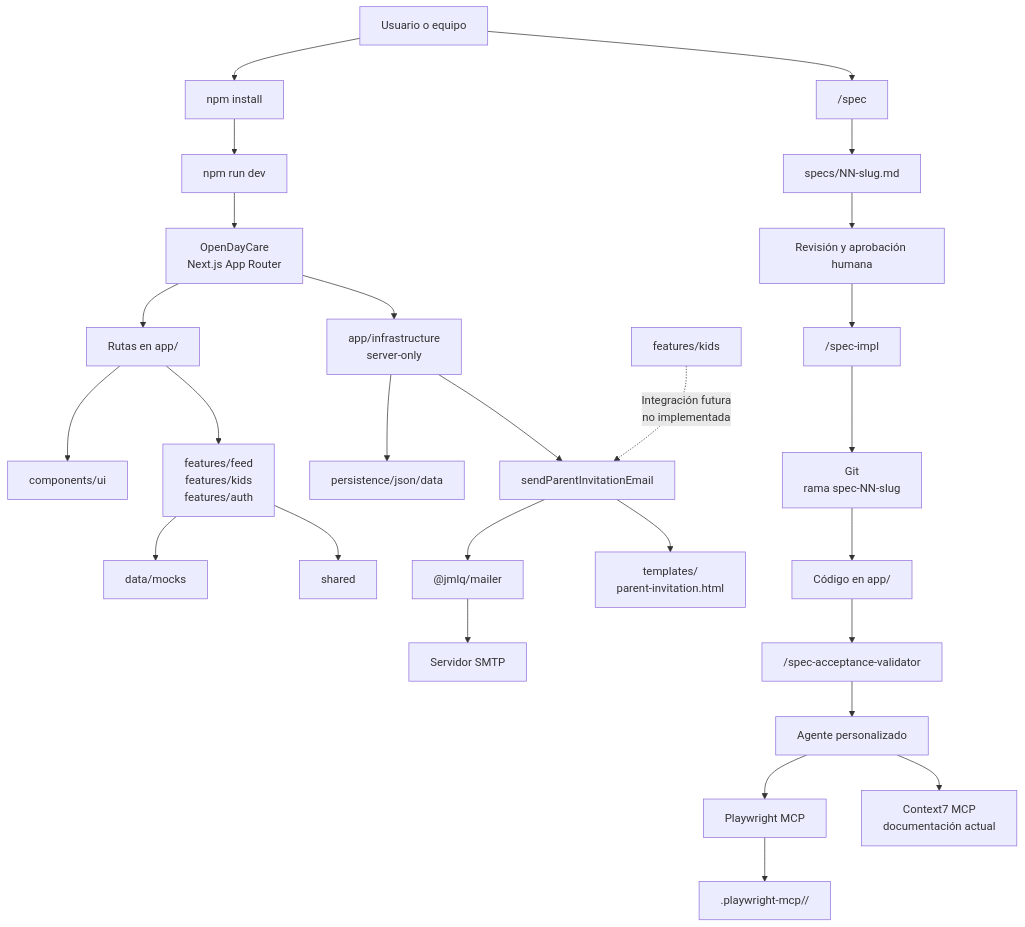
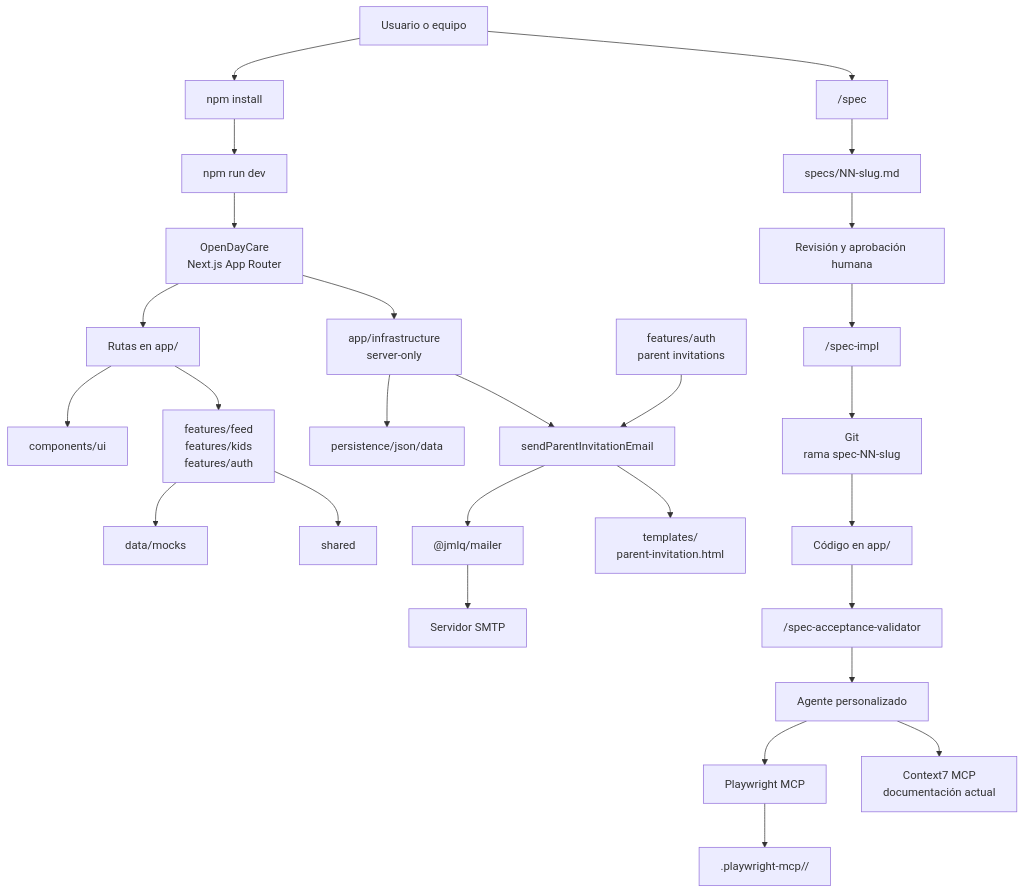
The first of 2 diagrams in README.md (MLahuasi/opencode-daycare), drawn with Mermaid before and after one commit. The commit also changed other lines of this file and 3 other files, not shown here.

````diff
--- a/README.md
+++ b/README.md
@@ -178,32 +199,32 @@
 ```mermaid
 flowchart TD
     U[Usuario o equipo] --> I[npm install]
     I --> R[npm run dev]
     R --> APP["OpenDayCare<br/>Next.js App Router"]
 
     APP --> ROUTES["Rutas en app/"]
     ROUTES --> UI["components/ui"]
     ROUTES --> FEATURES["features/feed<br/>features/kids<br/>features/auth"]
     FEATURES --> MOCKS["data/mocks"]
     FEATURES --> SHARED[shared]
 
     APP --> INFRA["app/infrastructure<br/>server-only"]
     INFRA --> JSON["persistence/json/data"]
     INFRA --> MAILER["sendParentInvitationEmail"]
     MAILER --> PACKAGE["@jmlq/mailer"]
     MAILER --> TEMPLATE["templates/<br/>parent-invitation.html"]
     PACKAGE --> SMTP["Servidor SMTP"]
-    KIDS["features/kids"] -. "Integración futura<br/>no implementada" .-> MAILER
+    AUTH["features/auth<br/>parent invitations"] --> MAILER
 
     U --> SPEC["/spec"]
     SPEC --> FILE["specs/NN-slug.md"]
     FILE --> HUMAN["Revisión y aprobación humana"]
     HUMAN --> IMPL["/spec-impl"]
     IMPL --> GIT["Git<br/>rama spec-NN-slug"]
     GIT --> CODE["Código en app/"]
     CODE --> VALIDATE["/spec-acceptance-validator"]
     VALIDATE --> AGENT[Agente personalizado]
     AGENT --> PW[Playwright MCP]
     PW --> ART[".playwright-mcp/<Feature>/"]
     AGENT --> C7["Context7 MCP<br/>documentación actual"]
 ```
````
